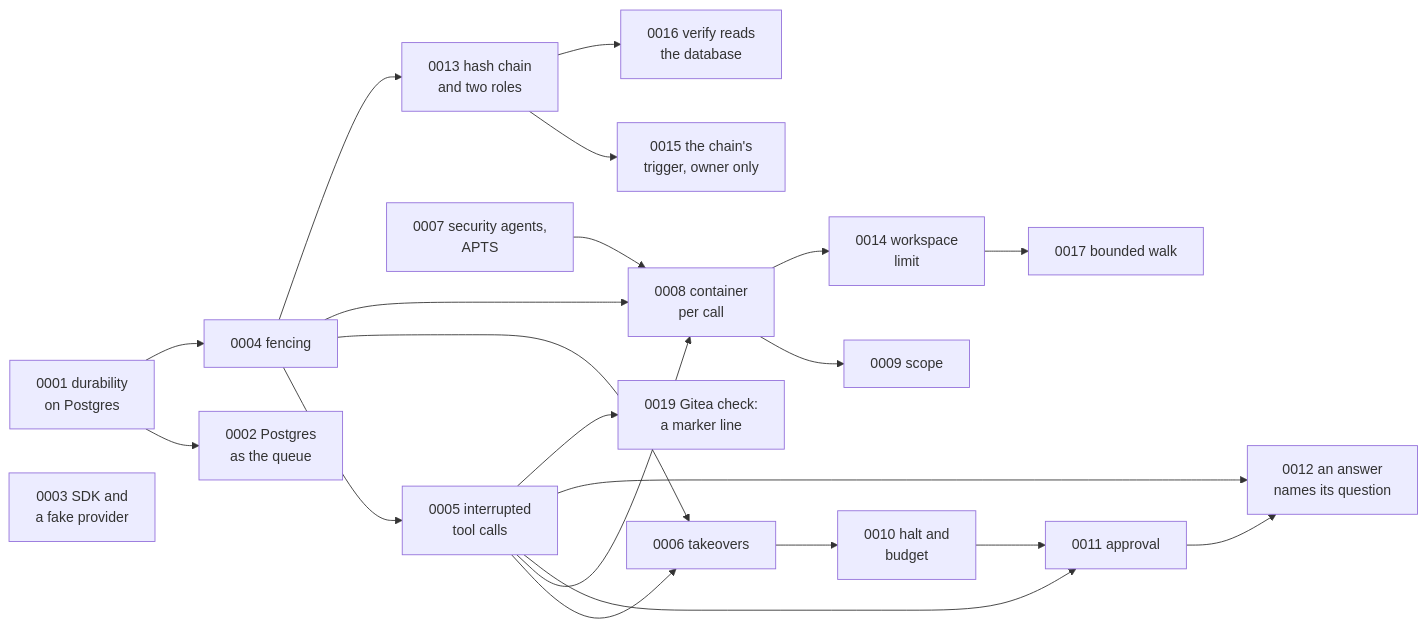
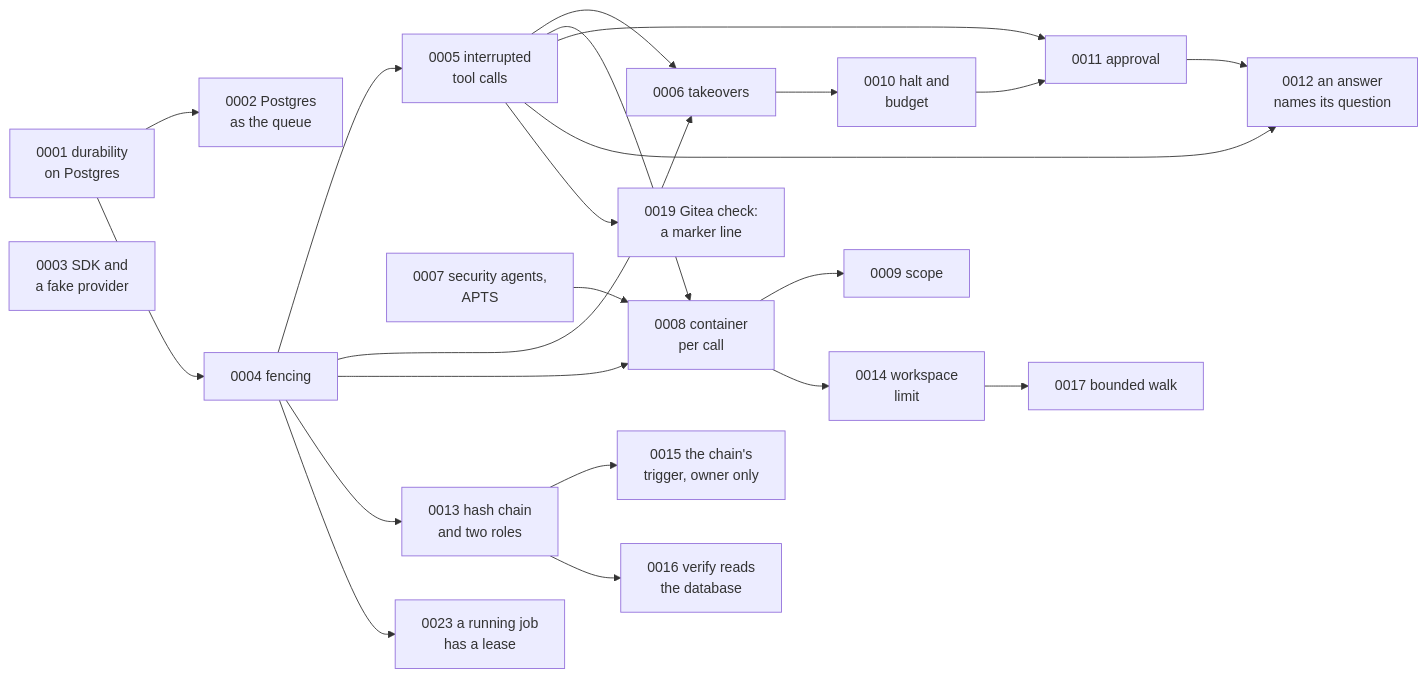
The diagram in docs/adr/README.md (sindredg/agent-runtime), drawn with Mermaid before and after one commit. The commit also changed other lines of this file and 1 other file, not shown here.

Commit message:
docs: decide that a running job has a lease (ADR 0023) (#149)
* docs: propose a CHECK that a running job has a lease (ADR 0023)

Answers issue 136: every writer keeps the rule today, the migration gives an
existing running row without a lease one that is over, and NOT VALID is not
worth it at this table size.

* docs: accept ADR 0023 and state the waiting gap as a limit

````diff
--- a/docs/adr/README.md
+++ b/docs/adr/README.md
@@ -6,24 +6,25 @@
 ```mermaid
 flowchart LR
     A1[0001 durability<br/>on Postgres] --> A2[0002 Postgres<br/>as the queue]
     A1 --> A4[0004 fencing]
     A4 --> A5[0005 interrupted<br/>tool calls]
     A4 --> A6[0006 takeovers]
     A5 --> A6
     A7[0007 security agents,<br/>APTS] --> A8[0008 container<br/>per call]
     A4 --> A8
     A5 --> A8
     A8 --> A9[0009 scope]
     A6 --> A10[0010 halt and<br/>budget]
     A5 --> A11[0011 approval]
     A10 --> A11
     A11 --> A12[0012 an answer<br/>names its question]
     A5 --> A12
     A4 --> A13[0013 hash chain<br/>and two roles]
     A8 --> A14[0014 workspace<br/>limit]
     A13 --> A15[0015 the chain's<br/>trigger, owner only]
     A13 --> A16[0016 verify reads<br/>the database]
     A14 --> A17[0017 bounded walk]
     A5 --> A19[0019 Gitea check:<br/>a marker line]
+    A4 --> A23[0023 a running job<br/>has a lease]
     A3[0003 SDK and<br/>a fake provider]
 ```
````
